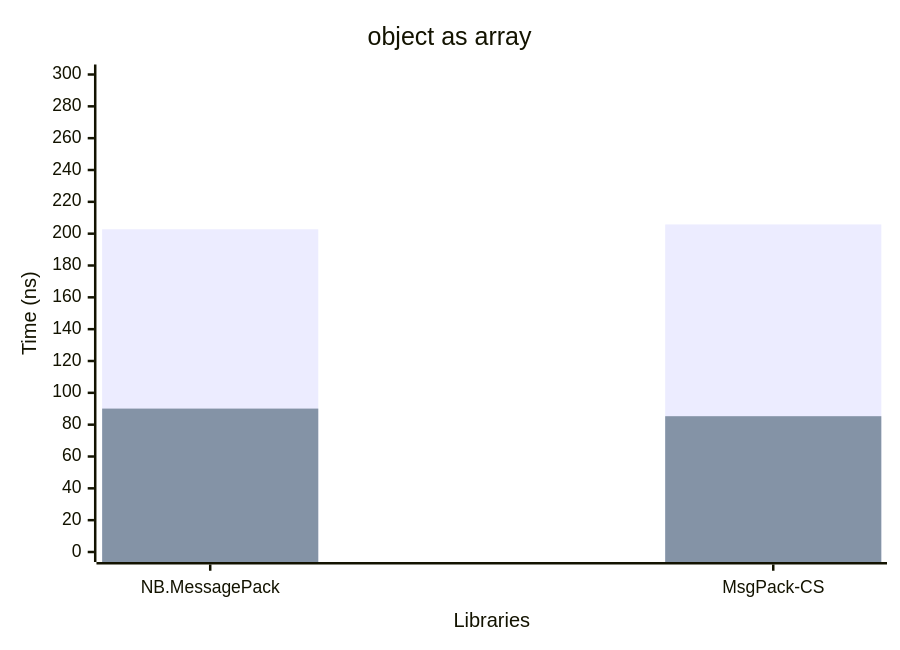
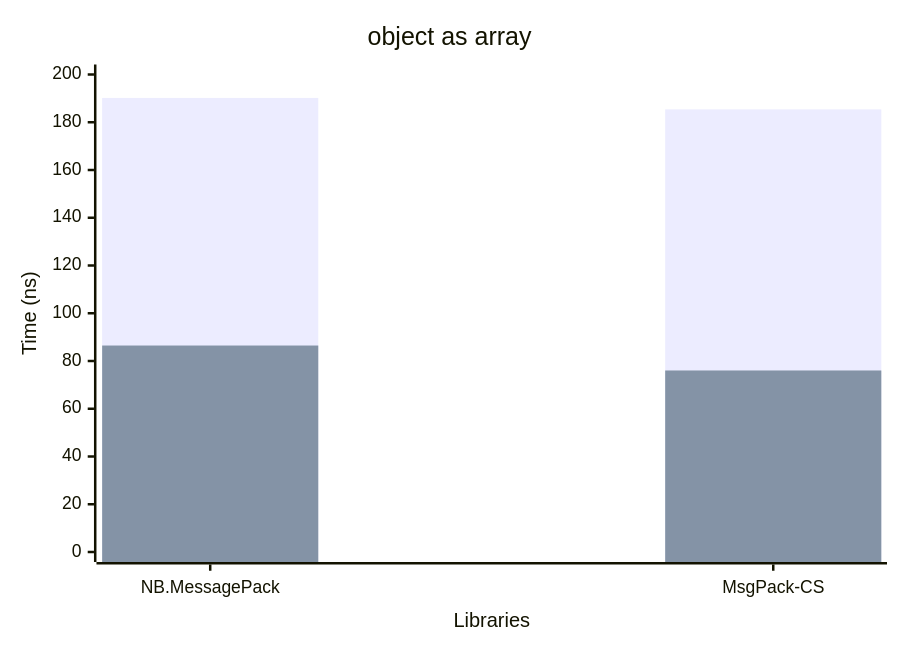
The third of 4 diagrams in docfx/docs/perf.md (AArnott/Nerdbank.MessagePack), drawn with Mermaid before and after one commit. The commit also changed other lines of this file and 17 other files, not shown here.

````diff
--- a/docfx/docs/perf.md
+++ b/docfx/docs/perf.md
@@ -44,8 +44,8 @@
  ```mermaid
 xychart-beta
      x-axis "Libraries" ["NB.MessagePack", "MsgPack-CS"]
-     y-axis "Time (ns)" 0 --> 300
+     y-axis "Time (ns)" 0 --> 200
      title "object as array"
-     bar "Serialize+Deserialize" [202.75,205.79]
-     bar "Serialize" [90.1,85.32]
+     bar "Serialize+Deserialize" [190.18,185.39]
+     bar "Serialize" [86.48,76.03]
  ```
````
